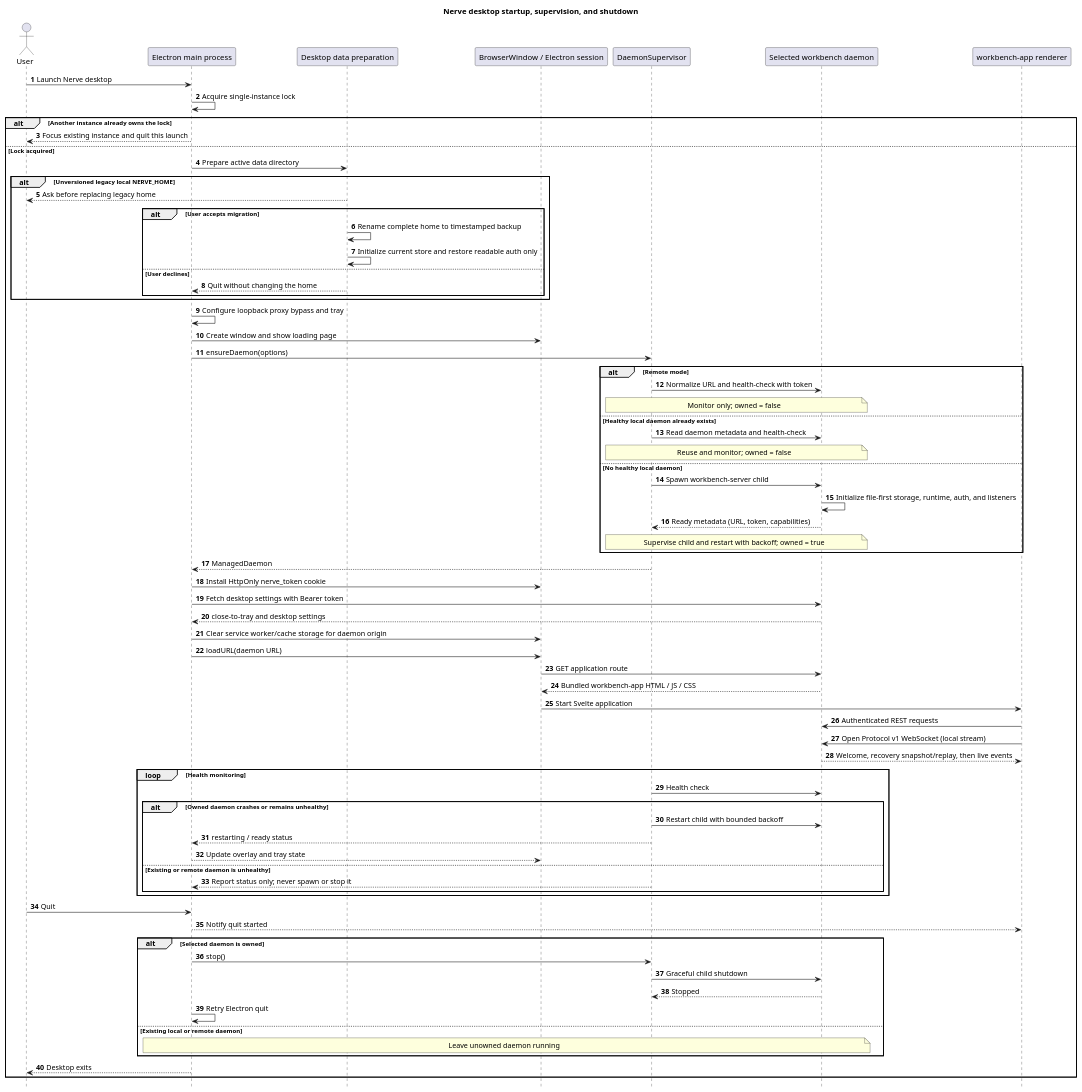
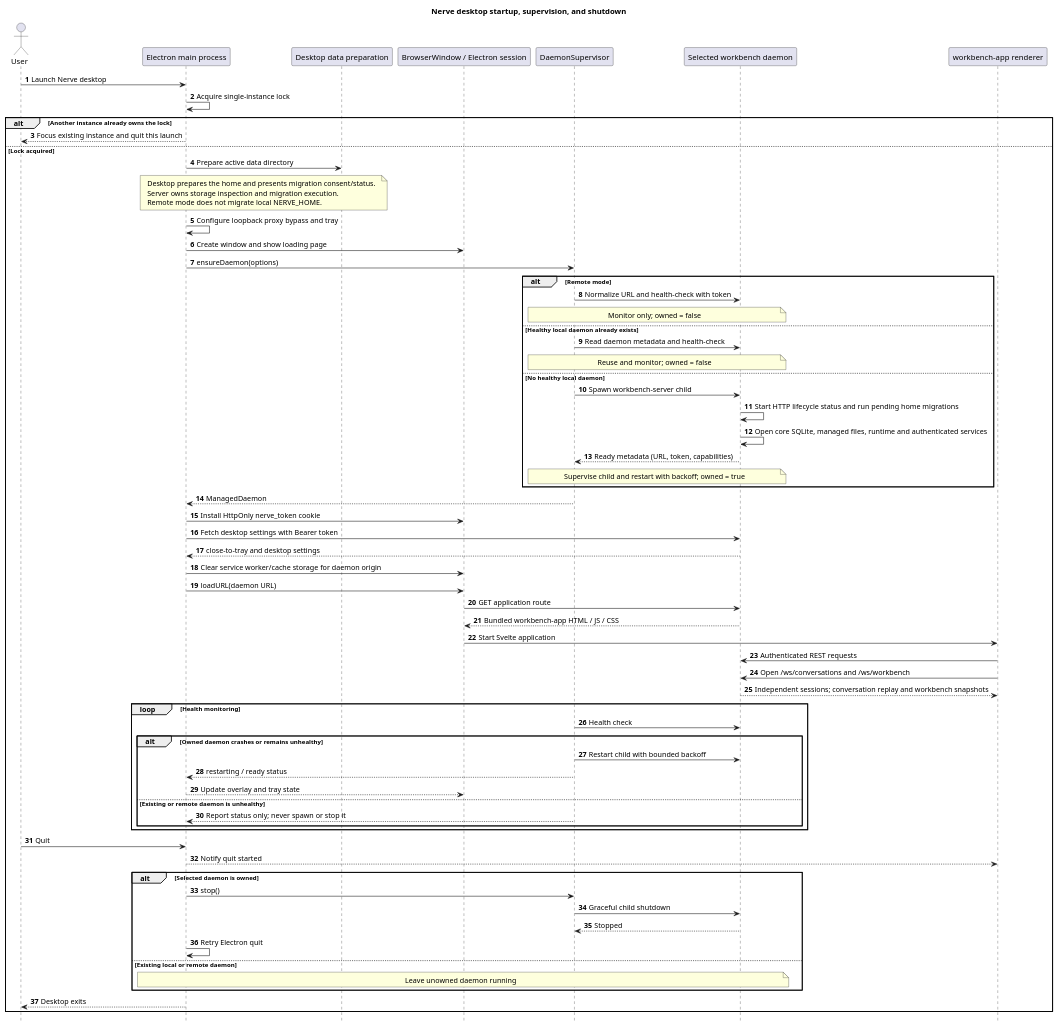
One commit to ThilinaTLM/nerve changed the diagram in packages/website/diagrams/05-desktop-startup.puml. Above: the diagram before and after it, drawn with PlantUML. The commit also changed 73 other files, not shown here.

```diff
--- a/packages/website/diagrams/05-desktop-startup.puml
+++ b/packages/website/diagrams/05-desktop-startup.puml
@@ -1,85 +1,82 @@
 @startuml
 !pragma layout smetana
 hide footbox
 autonumber
 
 title Nerve desktop startup, supervision, and shutdown
 
 actor User
 participant "Electron main process" as Main
 participant "Desktop data preparation" as Home
 participant "BrowserWindow / Electron session" as Window
 participant DaemonSupervisor as Supervisor
 participant "Selected workbench daemon" as Daemon
 participant "workbench-app renderer" as App
 
 User -> Main: Launch Nerve desktop
 Main -> Main: Acquire single-instance lock
 alt Another instance already owns the lock
   Main --> User: Focus existing instance and quit this launch
 else Lock acquired
   Main -> Home: Prepare active data directory
-  alt Unversioned legacy local NERVE_HOME
-    Home --> User: Ask before replacing legacy home
-    alt User accepts migration
-      Home -> Home: Rename complete home to timestamped backup
-      Home -> Home: Initialize current store and restore readable auth only
-    else User declines
-      Home --> Main: Quit without changing the home
-    end
-  end
+  note over Main,Home
+    Desktop prepares the home and presents migration consent/status.
+    Server owns storage inspection and migration execution.
+    Remote mode does not migrate local NERVE_HOME.
+  end note
 
   Main -> Main: Configure loopback proxy bypass and tray
   Main -> Window: Create window and show loading page
   Main -> Supervisor: ensureDaemon(options)
 
   alt Remote mode
     Supervisor -> Daemon: Normalize URL and health-check with token
     note over Supervisor,Daemon: Monitor only; owned = false
   else Healthy local daemon already exists
     Supervisor -> Daemon: Read daemon metadata and health-check
     note over Supervisor,Daemon: Reuse and monitor; owned = false
   else No healthy local daemon
     Supervisor -> Daemon: Spawn workbench-server child
-    Daemon -> Daemon: Initialize file-first storage, runtime, auth, and listeners
+    Daemon -> Daemon: Start HTTP lifecycle status and run pending home migrations
+    Daemon -> Daemon: Open core SQLite, managed files, runtime and authenticated services
     Daemon --> Supervisor: Ready metadata (URL, token, capabilities)
     note over Supervisor,Daemon: Supervise child and restart with backoff; owned = true
   end
 
   Supervisor --> Main: ManagedDaemon
   Main -> Window: Install HttpOnly nerve_token cookie
   Main -> Daemon: Fetch desktop settings with Bearer token
   Daemon --> Main: close-to-tray and desktop settings
   Main -> Window: Clear service worker/cache storage for daemon origin
   Main -> Window: loadURL(daemon URL)
   Window -> Daemon: GET application route
   Daemon --> Window: Bundled workbench-app HTML / JS / CSS
   Window -> App: Start Svelte application
   App -> Daemon: Authenticated REST requests
-  App -> Daemon: Open Protocol v1 WebSocket (local stream)
-  Daemon --> App: Welcome, recovery snapshot/replay, then live events
+  App -> Daemon: Open /ws/conversations and /ws/workbench
+  Daemon --> App: Independent sessions; conversation replay and workbench snapshots
 
   loop Health monitoring
     Supervisor -> Daemon: Health check
     alt Owned daemon crashes or remains unhealthy
       Supervisor -> Daemon: Restart child with bounded backoff
       Supervisor --> Main: restarting / ready status
       Main --> Window: Update overlay and tray state
     else Existing or remote daemon is unhealthy
       Supervisor --> Main: Report status only; never spawn or stop it
     end
   end
 
   User -> Main: Quit
   Main --> App: Notify quit started
   alt Selected daemon is owned
     Main -> Supervisor: stop()
     Supervisor -> Daemon: Graceful child shutdown
     Daemon --> Supervisor: Stopped
     Main -> Main: Retry Electron quit
   else Existing local or remote daemon
     note over Main,Daemon: Leave unowned daemon running
   end
   Main --> User: Desktop exits
 end
 @enduml
```
